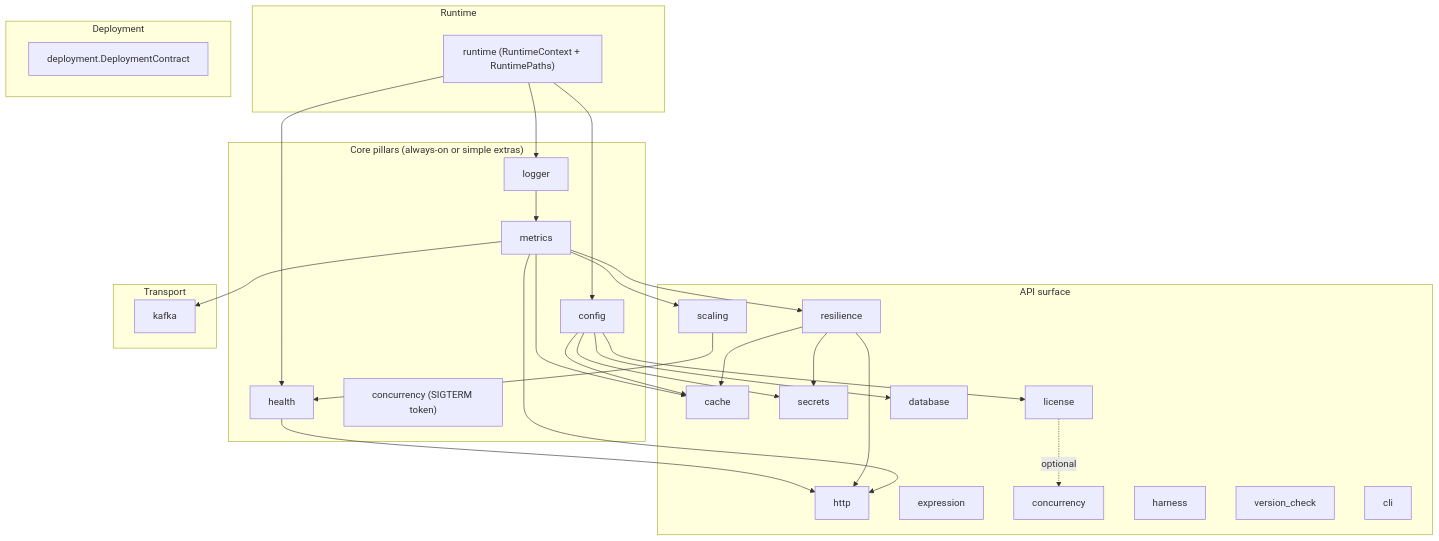
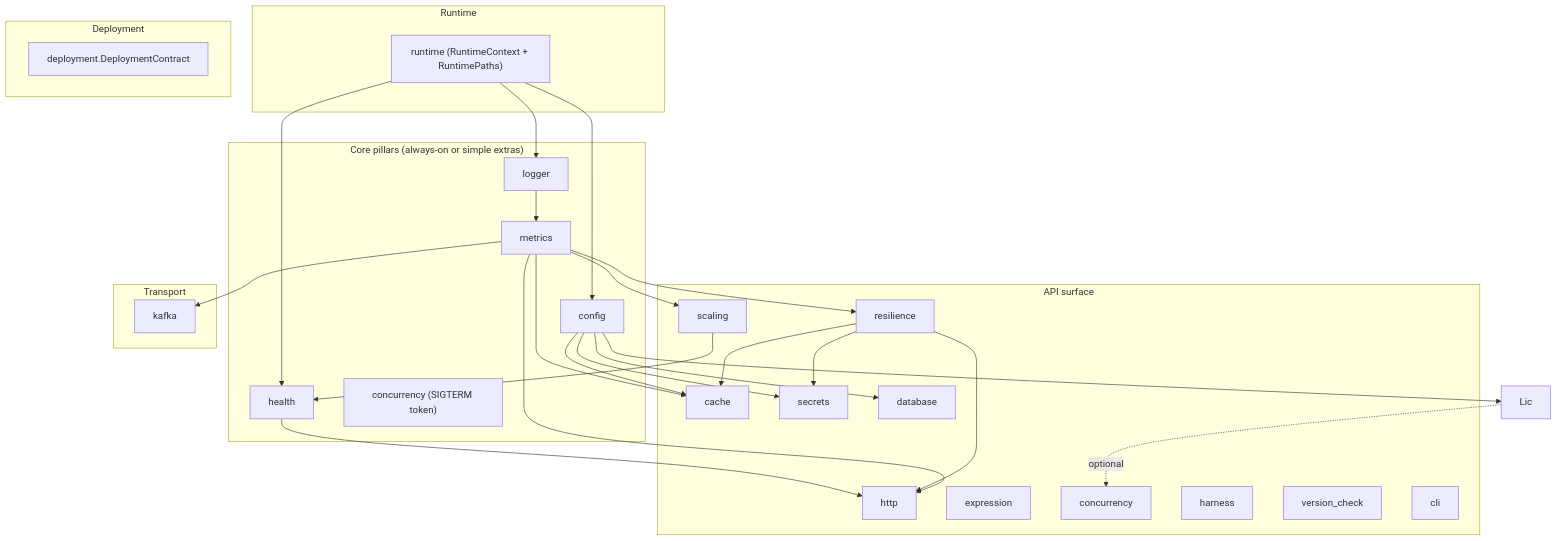
Before and after one commit to hyperi-io/hyperi-pylib: the diagram in docs/ARCHITECTURE.md, drawn with Mermaid. The commit also changed other lines of this file and 17 other files, not shown here.

````diff
--- a/docs/ARCHITECTURE.md
+++ b/docs/ARCHITECTURE.md
@@ -34,63 +34,62 @@
 ```mermaid
 flowchart TB
     subgraph Pillars["Core pillars (always-on or simple extras)"]
         Config["config"]
         Logger["logger"]
         Metrics["metrics"]
         Health["health"]
         Shutdown["concurrency (SIGTERM token)"]
     end
 
     subgraph Runtime["Runtime"]
         Rt["runtime (RuntimeContext + RuntimePaths)"]
     end
 
     subgraph API["API surface"]
         HTTP["http"]
         Cache["cache"]
         Secrets["secrets"]
         Expr["expression"]
         Resil["resilience"]
         Conc["concurrency"]
         Harn["harness"]
-        Lic["license"]
         VC["version_check"]
         Scal["scaling"]
         CLI["cli"]
         DB["database"]
     end
 
     subgraph Transport["Transport"]
         Kafka["kafka"]
     end
 
     subgraph Deploy["Deployment"]
         DC["deployment.DeploymentContract"]
     end
 
     Rt --> Config
     Rt --> Logger
     Rt --> Health
 
     Config --> Cache
     Config --> Secrets
     Config --> DB
     Config --> Lic
 
     Logger --> Metrics
 
     Metrics --> HTTP
     Metrics --> Kafka
     Metrics --> Cache
     Metrics --> Resil
     Metrics --> Scal
 
     Resil --> HTTP
     Resil --> Cache
     Resil --> Secrets
 
     Health --> HTTP
     Scal --> Health
 
     Lic -.optional.-> Conc
 ```
````
